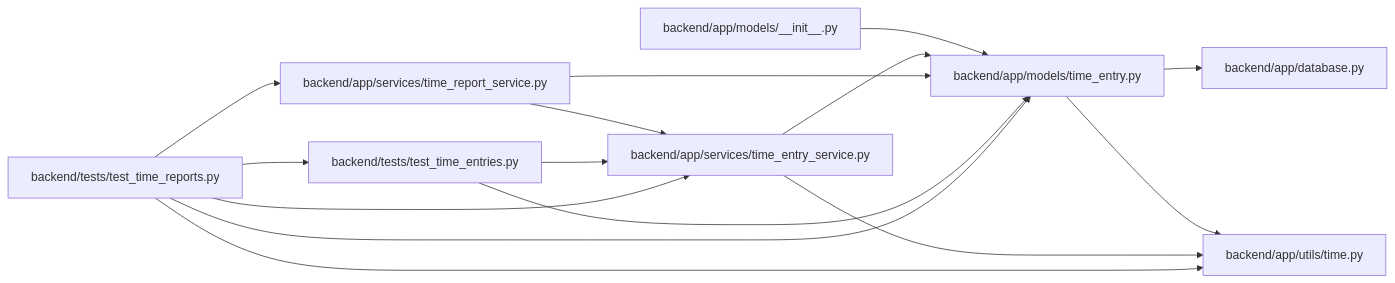
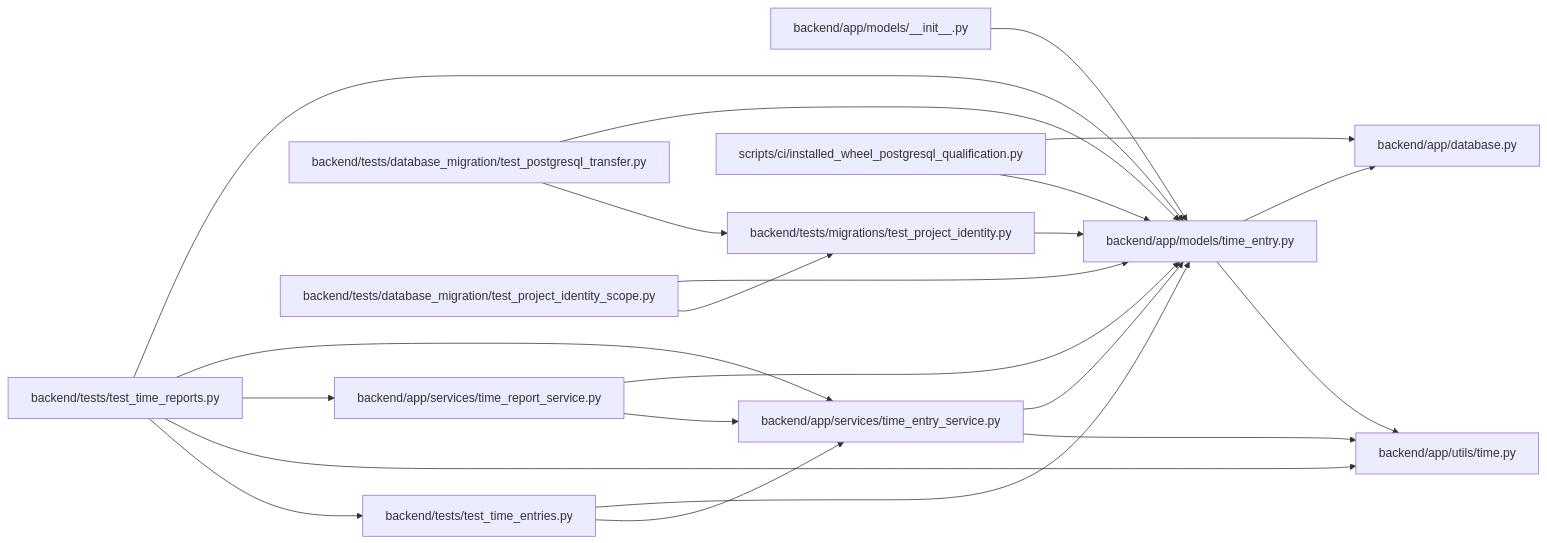
One commit to Denissvgn/WorkChord changed the diagram in docs/llm_wiki/modules/models_time_entry.md. Above: the diagram before and after it, drawn with Mermaid. The commit also changed other lines of this file and 10148 other files, not shown here.

````diff
--- a/docs/llm_wiki/modules/models_time_entry.md
+++ b/docs/llm_wiki/modules/models_time_entry.md
@@ -24,33 +24,48 @@
 ```mermaid
 flowchart LR
     n0["backend/app/database.py"]
     n1["backend/app/models/__init__.py"]
     n2["backend/app/models/time_entry.py"]
     n3["backend/app/services/time_entry_service.py"]
     n4["backend/app/services/time_report_service.py"]
     n5["backend/app/utils/time.py"]
-    n6["backend/tests/test_time_entries.py"]
-    n7["backend/tests/test_time_reports.py"]
+    n6["backend/tests/database_migration/test_postgresql_transfer.py"]
+    n7["backend/tests/database_migration/test_project_identity_scope.py"]
+    n8["backend/tests/migrations/test_project_identity.py"]
+    n9["backend/tests/test_time_entries.py"]
+    n10["backend/tests/test_time_reports.py"]
+    n11["scripts/ci/installed_wheel_postgresql_qualification.py"]
     n1 --> n2
     n2 --> n0
     n2 --> n5
     n3 --> n2
     n3 --> n5
     n4 --> n2
     n4 --> n3
     n6 --> n2
-    n6 --> n3
+    n6 --> n8
     n7 --> n2
-    n7 --> n3
-    n7 --> n4
-    n7 --> n5
-    n7 --> n6
+    n7 --> n8
+    n8 --> n2
+    n9 --> n2
+    n9 --> n3
+    n10 --> n2
+    n10 --> n3
+    n10 --> n4
+    n10 --> n5
+    n10 --> n9
+    n11 --> n0
+    n11 --> n2
     click n0 "../modules/app_database.md"
     click n1 "../modules/models___init__.md"
     click n2 "../modules/models_time_entry.md"
     click n3 "../modules/time_entry_service.md"
     click n4 "../modules/time_report_service.md"
     click n5 "../modules/time.md"
-    click n6 "../modules/test_time_entries.md"
-    click n7 "../modules/test_time_reports.md"
+    click n6 "../modules/test_postgresql_transfer.md"
+    click n7 "../modules/test_project_identity_scope.md"
+    click n8 "../modules/test_project_identity.md"
+    click n9 "../modules/test_time_entries.md"
+    click n10 "../modules/test_time_reports.md"
+    click n11 "../modules/installed_wheel_postgresql_qualification.md"
 ```
````
